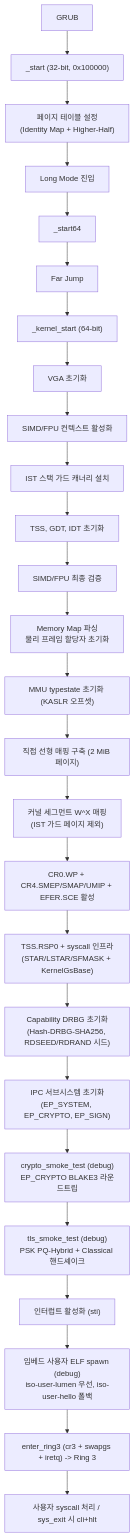
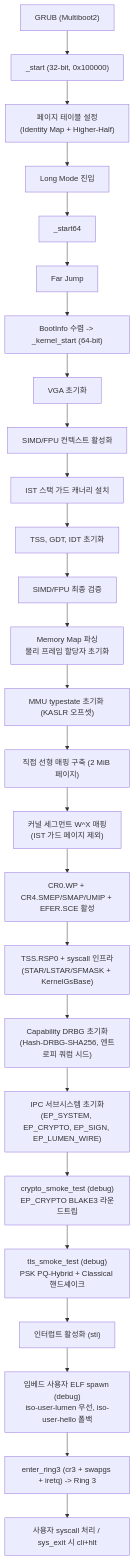
One commit to Quant-Off/iso-light-k0 changed the fourth of 5 diagrams in INTRODUCTION.md. Above: the diagram before and after it, drawn with Mermaid. The commit also changed other lines of this file and 3 other files, not shown here.

Commit message:
README INTRODUCTION 최신화와 영문 번역 재작성 - 멀티 아키텍처 HAL 과 Multi-HSM Connector air-gap 엔트로피 쿼럼 기능 반영 - 모듈 경로 syscall 카탈로그 IPC 엔드포인트 로드맵 실코드 정합 - README_EN INTRODUCTION_EN 최신 원본 기준 전면 영문 번역

````diff
--- a/INTRODUCTION.md
+++ b/INTRODUCTION.md
@@ -201,28 +232,28 @@
 ```mermaid
 flowchart TB
-    A["GRUB"] --> B["_start (32-bit, 0x100000)"]
+    A["GRUB (Multiboot2)"] --> B["_start (32-bit, 0x100000)"]
     B --> C["페이지 테이블 설정<br/>(Identity Map + Higher-Half)"]
     C --> D["Long Mode 진입"]
     D --> E["_start64"]
     E --> F["Far Jump"]
-    F --> G["_kernel_start (64-bit)"]
+    F --> G["BootInfo 수렴 -> _kernel_start (64-bit)"]
     G --> H["VGA 초기화"]
     H --> I["SIMD/FPU 컨텍스트 활성화"]
     I --> J["IST 스택 가드 캐너리 설치"]
     J --> K["TSS, GDT, IDT 초기화"]
     K --> L["SIMD/FPU 최종 검증"]
     L --> M["Memory Map 파싱<br/>물리 프레임 할당자 초기화"]
     M --> N["MMU typestate 초기화 (KASLR 오프셋)"]
     N --> O["직접 선형 매핑 구축 (2 MiB 페이지)"]
     O --> P["커널 세그먼트 W^X 매핑<br/>(IST 가드 페이지 제외)"]
     P --> P1["CR0.WP + CR4.SMEP/SMAP/UMIP + EFER.SCE 활성"]
     P1 --> P2["TSS.RSP0 + syscall 인프라(STAR/LSTAR/SFMASK + KernelGsBase)"]
-    P2 --> P3["Capability DRBG 초기화<br/>(Hash-DRBG-SHA256, RDSEED/RDRAND 시드)"]
-    P3 --> Q["IPC 서브시스템 초기화<br/>(EP_SYSTEM, EP_CRYPTO, EP_SIGN)"]
+    P2 --> P3["Capability DRBG 초기화<br/>(Hash-DRBG-SHA256, 엔트로피 쿼럼 시드)"]
+    P3 --> Q["IPC 서브시스템 초기화<br/>(EP_SYSTEM, EP_CRYPTO, EP_SIGN, EP_LUMEN_WIRE)"]
     Q --> Q1["crypto_smoke_test (debug)<br/>EP_CRYPTO BLAKE3 라운드트립"]
     Q1 --> Q2["tls_smoke_test (debug)<br/>PSK PQ-Hybrid + Classical 핸드셰이크"]
     Q2 --> R["인터럽트 활성화 (sti)"]
     R --> S["임베드 사용자 ELF spawn (debug)<br/>iso-user-lumen 우선, iso-user-hello 폴백"]
     S --> T["enter_ring3 (cr3 + swapgs + iretq) -> Ring 3"]
     T --> U["사용자 syscall 처리 / sys_exit 시 cli+hlt"]
 ```
````
